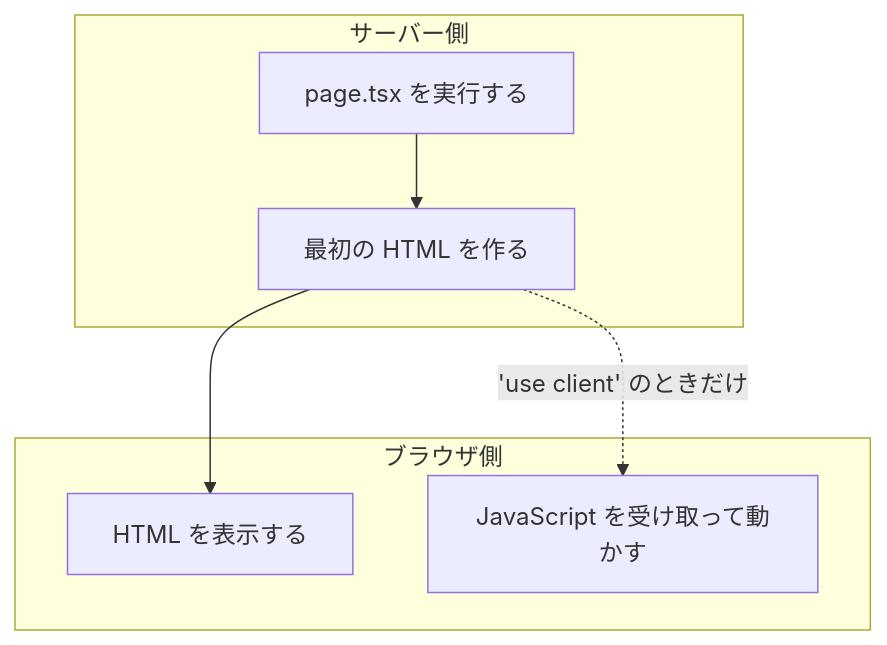
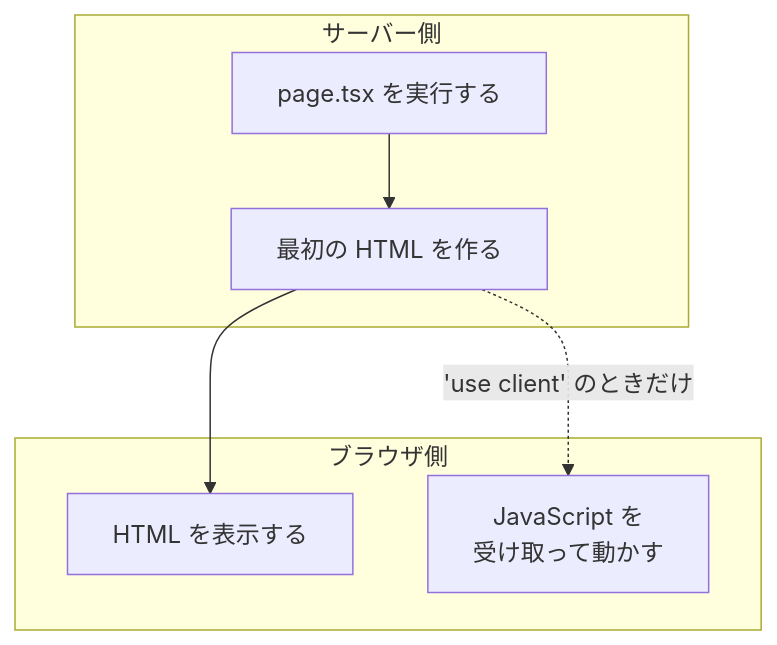
The diagram in material/30days-curriculum/day02_ダッシュボードに自分だけのメッセージを追加しよう.md (kouiso/task-app), drawn with Mermaid before and after one commit. The commit also changed 24 other files, not shown here.

First line of the commit message:
fix(material): Mermaid 図のファイル名キャプションとノード途中折れを直す (#457) (#718)

````diff
--- a/material/30days-curriculum/day02_ダッシュボードに自分だけのメッセージを追加しよう.md
+++ b/material/30days-curriculum/day02_ダッシュボードに自分だけのメッセージを追加しよう.md
@@ -814,12 +814,12 @@
 ```mermaid
 flowchart TB
     subgraph SRV["サーバー側"]
       S1["page.tsx を実行する"] --> S2["最初の HTML を作る"]
     end
     subgraph BRW["ブラウザ側"]
       B1["HTML を表示する"]
-      B2["JavaScript を受け取って動かす"]
+      B2["JavaScript を<br/>受け取って動かす"]
     end
     S2 --> B1
     S2 -.->|"'use client' のときだけ"| B2
 ```
````
